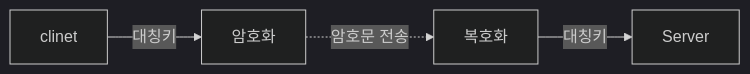
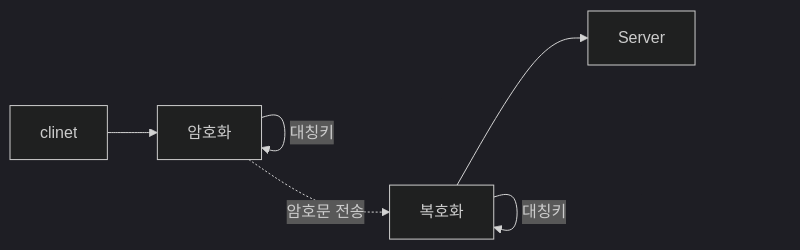
The first of 2 diagrams in _posts/develop/network/2019-02-12-TLS.md (1sonjm/1sonjm.github.io), drawn with Mermaid (dark theme) before and after one commit. The commit also changed other lines of this file, not shown here.

Commit message:
_posts/develop/network/2019-02-12-TLS.md updated from https://stackedit.io/

````diff
--- a/_posts/develop/network/2019-02-12-TLS.md
+++ b/_posts/develop/network/2019-02-12-TLS.md
@@ -20,6 +20,8 @@
 ```mermaid
 graph LR
-	clinet-->|대칭키|암호화
+	clinet-->암호화
+	암호화-->|대칭키|암호화
 	암호화-.->|암호문 전송|복호화
-	복호화-->|대칭키|Server
+	복호화-->|대칭키|복호화
+	복호화-->Server
 ```
````
